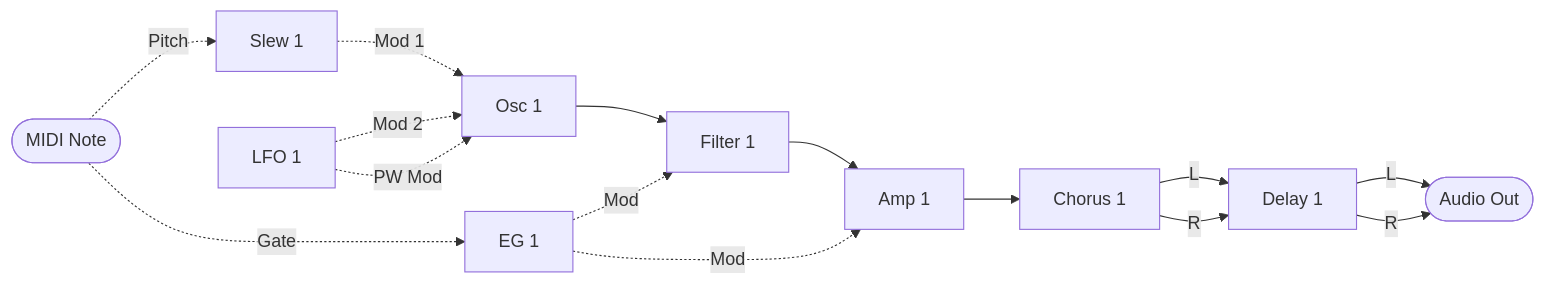
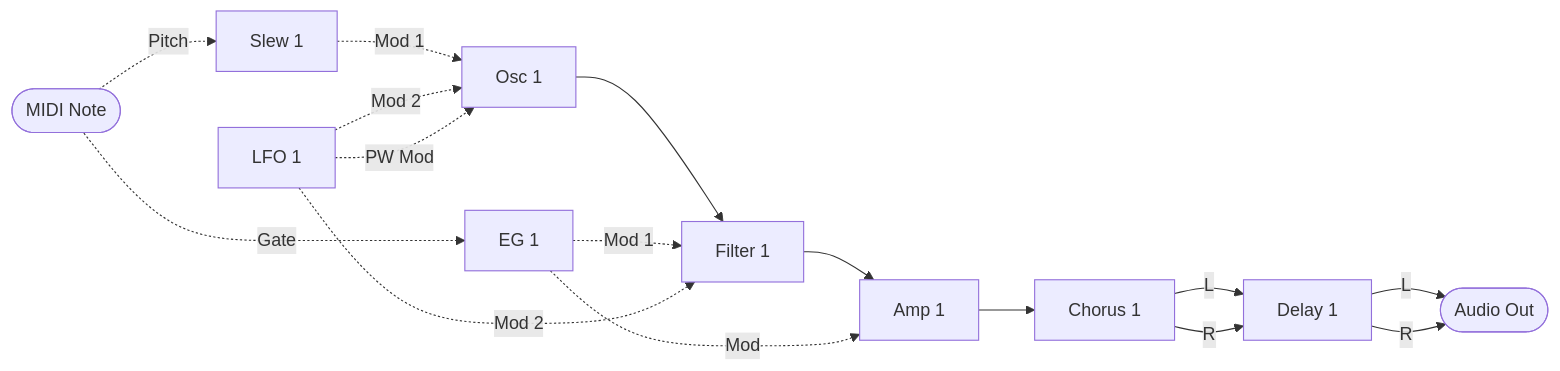
One commit to risgk/midi_synthesizer_spms1 changed the first of 6 diagrams in spms1_type2/README.ja.md. Above: the diagram before and after it, drawn with Mermaid. The commit also changed other lines of this file and 8 other files, not shown here.

First line of the commit message:
type-2: Give Filter 1 a second modulation input, Mod 2, from the LFO on CC 25

````diff
--- a/spms1_type2/README.ja.md
+++ b/spms1_type2/README.ja.md
@@ -138,29 +138,30 @@
 ```mermaid
 flowchart LR
   NOTE([MIDI Note])
   SLEW[Slew 1]
   LFO[LFO 1]
   EG[EG 1]
   OSC[Osc 1]
   FILTER[Filter 1]
   AMP[Amp 1]
   CHORUS[Chorus 1]
   DELAY[Delay 1]
   OUT([Audio Out])
 
   OSC --> FILTER
   FILTER --> AMP
   AMP --> CHORUS
   CHORUS -->|L| DELAY
   CHORUS -->|R| DELAY
   DELAY -->|L| OUT
   DELAY -->|R| OUT
 
   NOTE -. Gate .-> EG
   NOTE -. Pitch .-> SLEW
   SLEW -. Mod 1 .-> OSC
   LFO -. Mod 2 .-> OSC
   LFO -. PW Mod .-> OSC
-  EG -. Mod .-> FILTER
+  EG -. Mod 1 .-> FILTER
+  LFO -. Mod 2 .-> FILTER
   EG -. Mod .-> AMP
 ```
````
